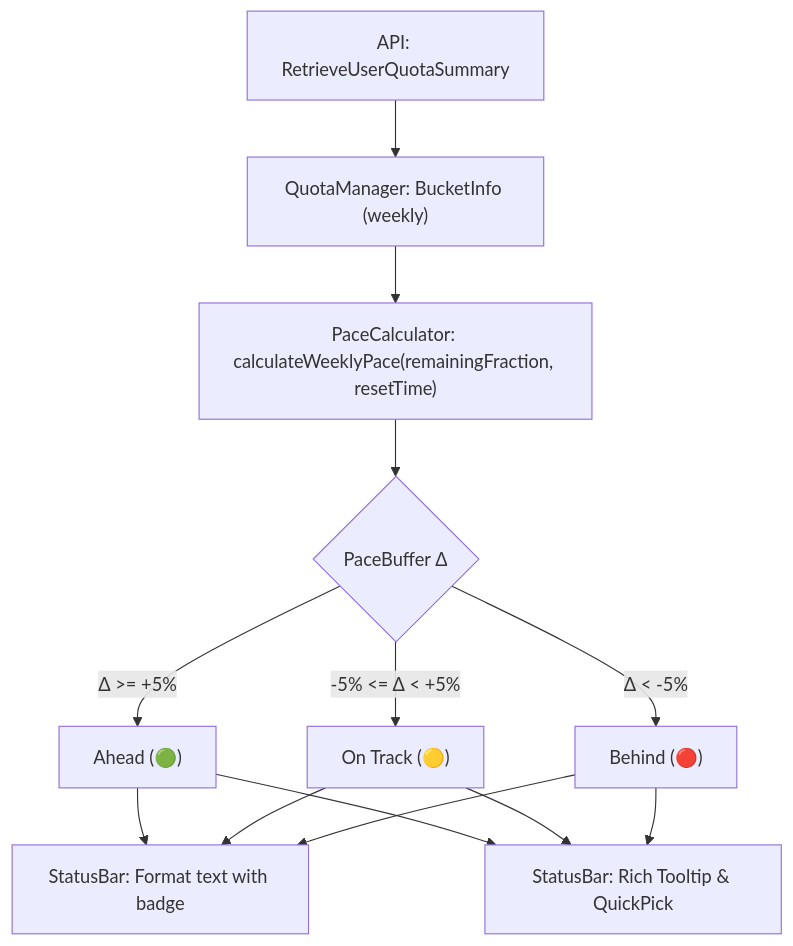
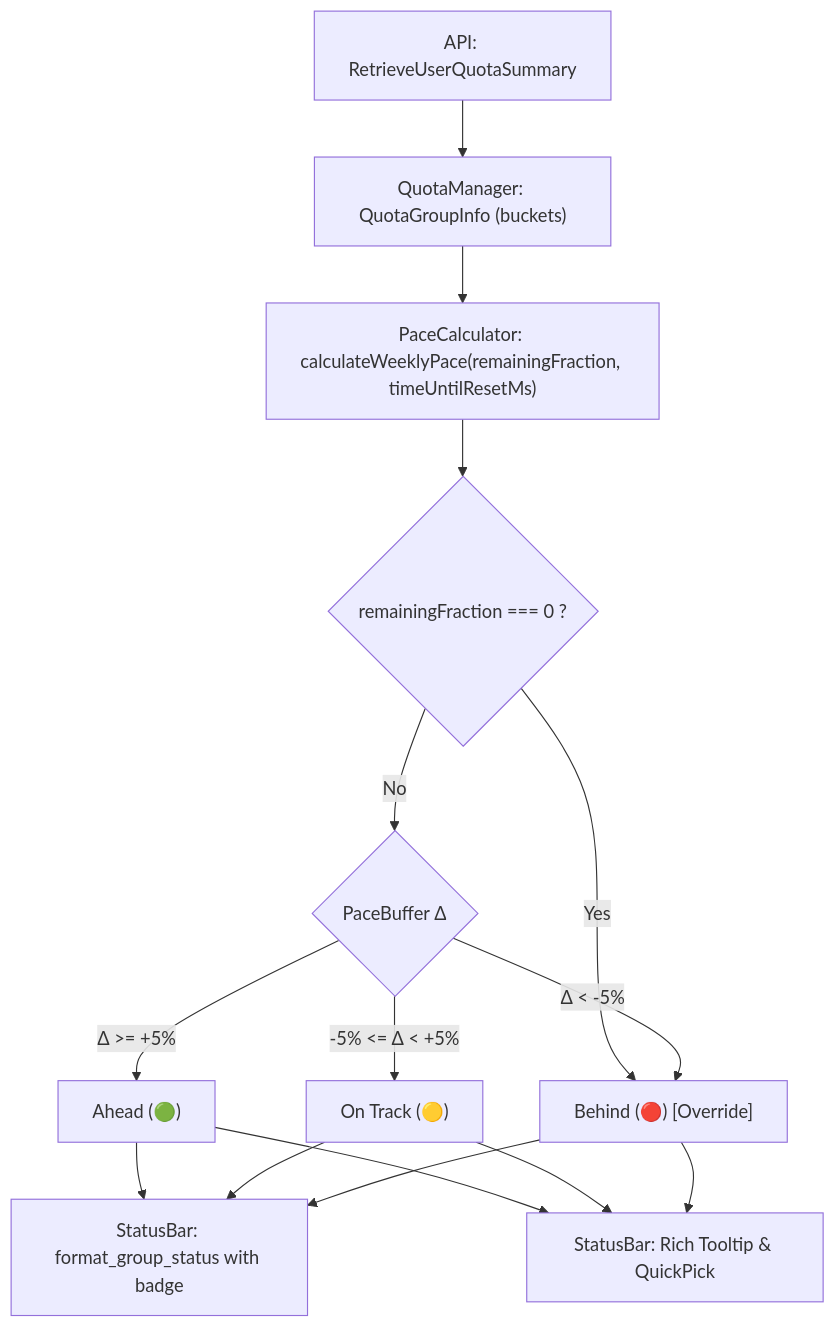
The diagram in docs/proposals/002-weekly-quota-pace-indicator.md (asabon/AntigravityQuota), drawn with Mermaid before and after one commit. The commit also changed other lines of this file, not shown here.

````diff
--- a/docs/proposals/002-weekly-quota-pace-indicator.md
+++ b/docs/proposals/002-weekly-quota-pace-indicator.md
@@ -73,11 +81,13 @@
 ```mermaid
 flowchart TD
-    A["API: RetrieveUserQuotaSummary"] --> B["QuotaManager: BucketInfo (weekly)"]
-    B --> C["PaceCalculator: calculateWeeklyPace(remainingFraction, resetTime)"]
-    C --> D{"PaceBuffer Δ"}
+    A["API: RetrieveUserQuotaSummary"] --> B["QuotaManager: QuotaGroupInfo (buckets)"]
+    B --> C["PaceCalculator: calculateWeeklyPace(remainingFraction, timeUntilResetMs)"]
+    C --> G_EX{"remainingFraction === 0 ?"}
+    G_EX -->|Yes| G["Behind (🔴) [Override]"]
+    G_EX -->|No| D{"PaceBuffer Δ"}
     D -->|Δ >= +5%| E["Ahead (🟢)"]
     D -->|-5% <= Δ < +5%| F["On Track (🟡)"]
-    D -->|Δ < -5%| G["Behind (🔴)"]
-    E & F & G --> H["StatusBar: Format text with badge"]
+    D -->|Δ < -5%| G
+    E & F & G --> H["StatusBar: format_group_status with badge"]
     E & F & G --> I["StatusBar: Rich Tooltip & QuickPick"]
 ```
````
